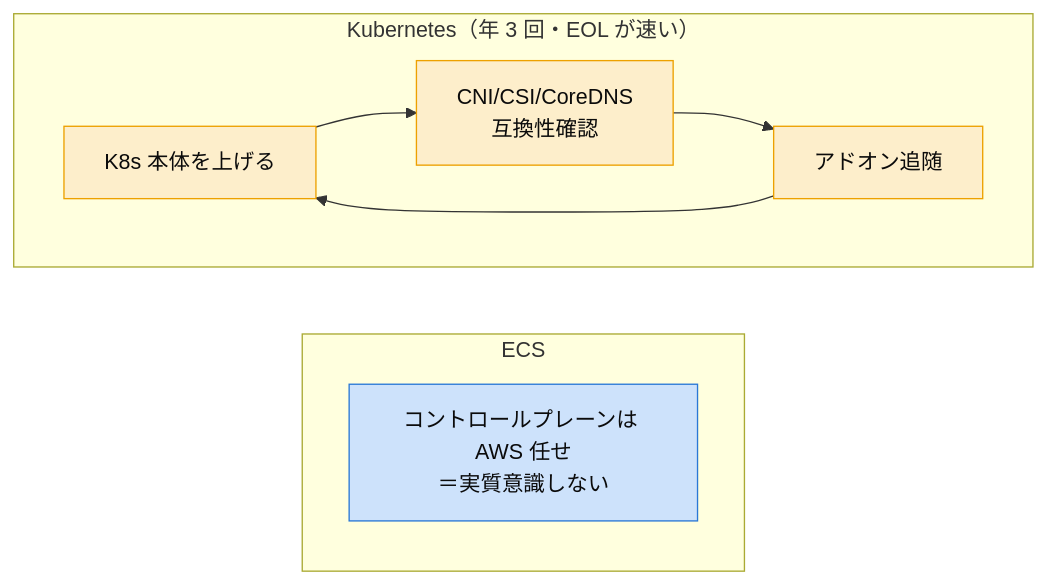
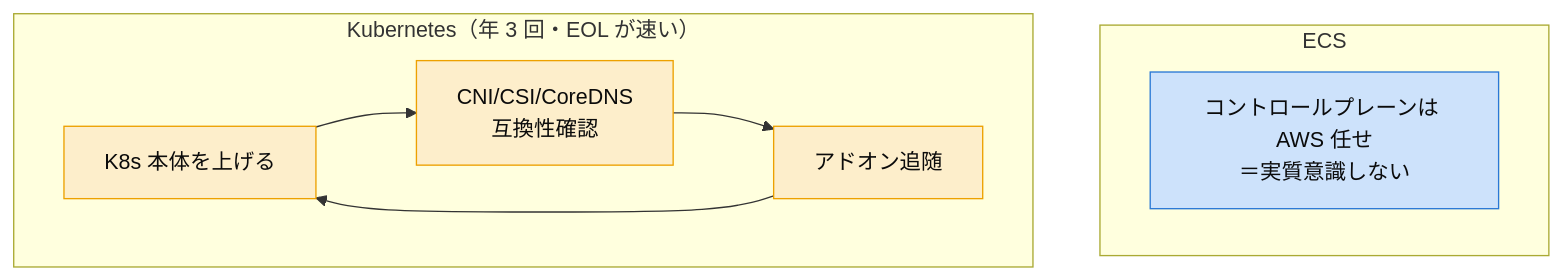
One commit to keitahigaki-prog/qiita-articles changed the ninth of 13 diagrams in public/ecs-vs-kubernetes.md. Above: the diagram before and after it, drawn with Mermaid. The commit also changed other lines of this file, not shown here.

First line of the commit message:
Fix wide/clipped diagrams: switch side-by-side subgraphs to vertical stacking

````diff
--- a/public/ecs-vs-kubernetes.md
+++ b/public/ecs-vs-kubernetes.md
@@ -324,16 +324,16 @@
 ```mermaid
-flowchart LR
+flowchart TB
   subgraph ECSU["ECS"]
     EU["コントロールプレーンは AWS 任せ<br/>＝実質意識しない"]
   end
   subgraph K8SU["Kubernetes（年 3 回・EOL が速い）"]
     direction LR
     U1["K8s 本体を上げる"] --> U2["CNI/CSI/CoreDNS<br/>互換性確認"]
     U2 --> U3["アドオン追随"]
     U3 --> U1
   end
   classDef ecs fill:#cde2fb,stroke:#2a78d6,color:#0b0b0b;
   classDef warn fill:#fdeecb,stroke:#eda100,color:#0b0b0b;
   class EU ecs;
   class U1,U2,U3 warn;
 ```
````
